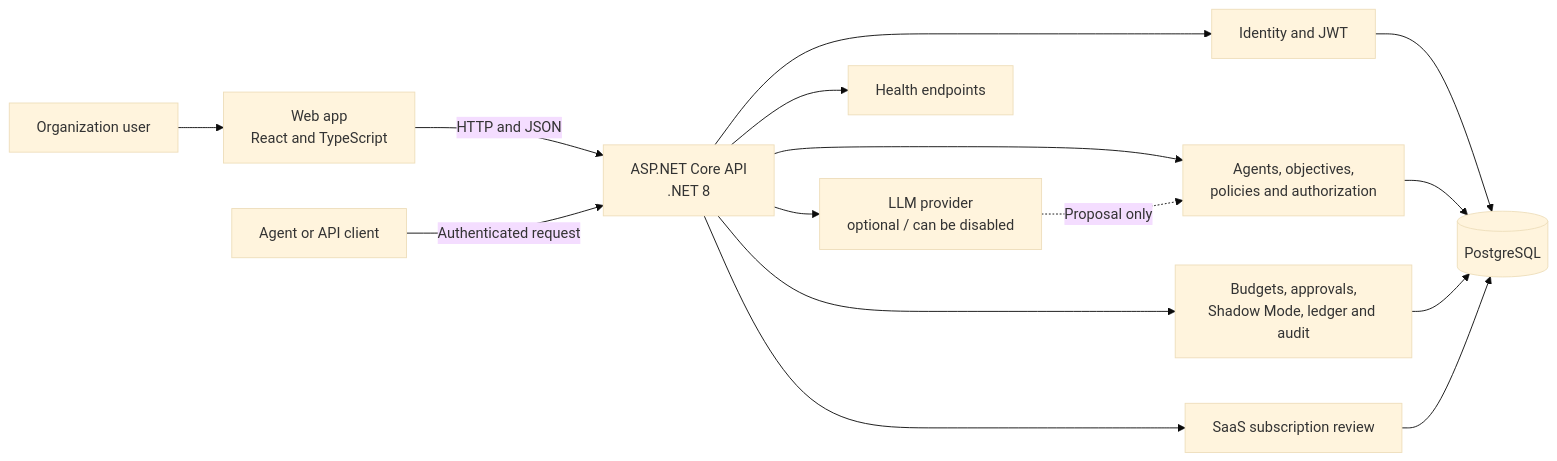
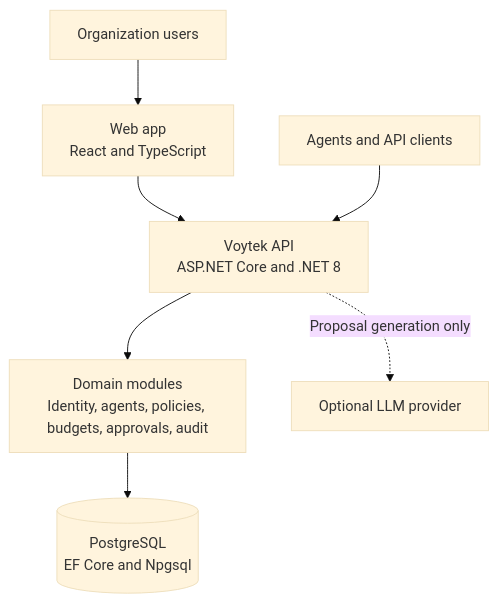
The first of 2 diagrams in README.md (RodrigoTabaldi/FintechVoytek), drawn with Mermaid (base theme) before and after one commit. The commit also changed other lines of this file and 1 other file, not shown here.

```diff
--- a/README.md
+++ b/README.md
@@ -79,17 +79,9 @@
 ~~~mermaid
-flowchart LR
-    User[Organization user] --> Web[Web app<br/>React and TypeScript]
-    Web -->|HTTP and JSON| API[ASP.NET Core API<br/>.NET 8]
-    Agent[Agent or API client] -->|Authenticated request| API
-    API --> Auth[Identity and JWT]
-    API --> Domain[Agents, objectives,<br/>policies and authorization]
-    API --> Records[Budgets, approvals,<br/>Shadow Mode, ledger and audit]
-    API --> SaaS[SaaS subscription review]
-    API --> LLM[LLM provider<br/>optional / can be disabled]
-    Auth --> DB[(PostgreSQL)]
-    Domain --> DB
-    Records --> DB
-    SaaS --> DB
-    LLM -.->|Proposal only| Domain
-    API --> Health[Health endpoints]
+flowchart TB
+    User[Organization users] --> Web[Web app<br/>React and TypeScript]
+    Web --> API[Voytek API<br/>ASP.NET Core and .NET 8]
+    Client[Agents and API clients] --> API
+    API --> Modules[Domain modules<br/>Identity, agents, policies, budgets, approvals, audit]
+    Modules --> DB[(PostgreSQL<br/>EF Core and Npgsql)]
+    API -. Proposal generation only .-> LLM[Optional LLM provider]
 ~~~
```
